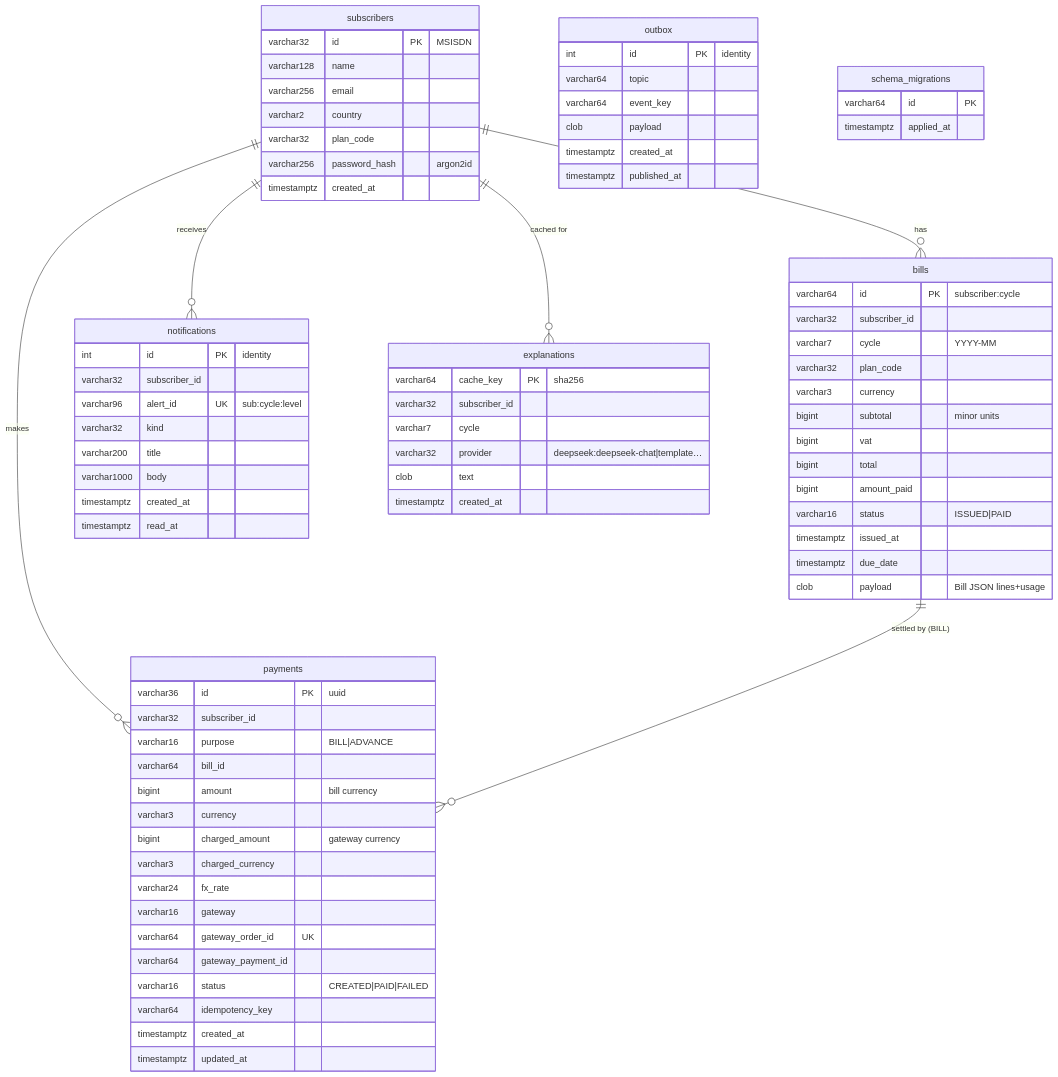
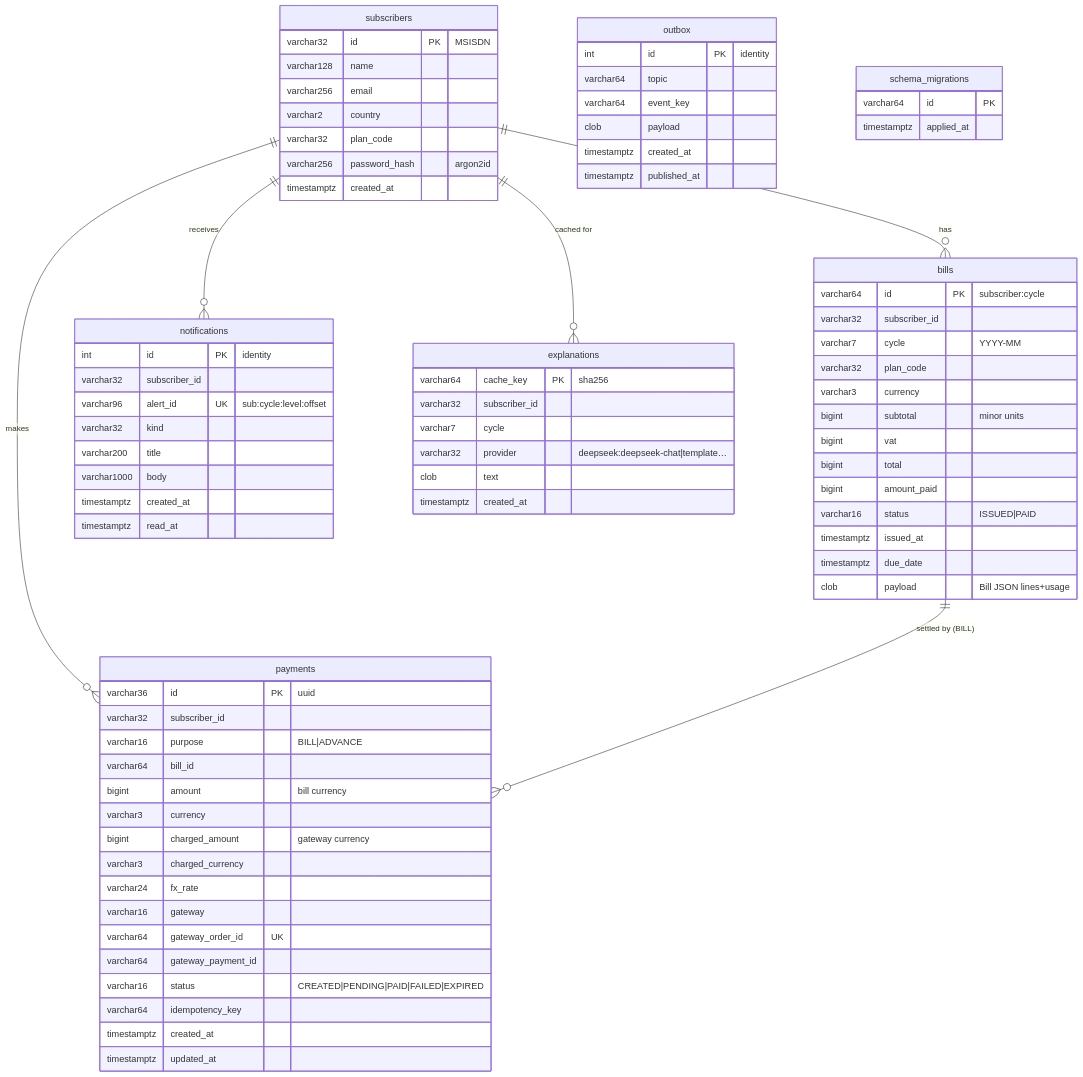
One commit to prateekladha/dt-selfcare changed the first of 2 diagrams in docs/LLD.md. Above: the diagram before and after it, drawn with Mermaid. The commit also changed other lines of this file and 7 other files, not shown here.

First line of the commit message:
docs: match the code after the bug-bash (payments flow, assistant, pipeline, billing, orders, notifier, security gaps)

````diff
--- a/docs/LLD.md
+++ b/docs/LLD.md
@@ -76,80 +80,80 @@
 ```mermaid
 erDiagram
   subscribers ||--o{ bills : "has"
   subscribers ||--o{ payments : "makes"
   bills ||--o{ payments : "settled by (BILL)"
   subscribers ||--o{ notifications : "receives"
   subscribers ||--o{ explanations : "cached for"
   subscribers {
     varchar32 id PK "MSISDN"
     varchar128 name
     varchar256 email
     varchar2 country
     varchar32 plan_code
     varchar256 password_hash "argon2id"
     timestamptz created_at
   }
   bills {
     varchar64 id PK "subscriber:cycle"
     varchar32 subscriber_id
     varchar7 cycle "YYYY-MM"
     varchar32 plan_code
     varchar3 currency
     bigint subtotal "minor units"
     bigint vat
     bigint total
     bigint amount_paid
     varchar16 status "ISSUED|PAID"
     timestamptz issued_at
     timestamptz due_date
     clob payload "Bill JSON lines+usage"
   }
   payments {
     varchar36 id PK "uuid"
     varchar32 subscriber_id
     varchar16 purpose "BILL|ADVANCE"
     varchar64 bill_id
     bigint amount "bill currency"
     varchar3 currency
     bigint charged_amount "gateway currency"
     varchar3 charged_currency
     varchar24 fx_rate
     varchar16 gateway
     varchar64 gateway_order_id UK
     varchar64 gateway_payment_id
-    varchar16 status "CREATED|PAID|FAILED"
+    varchar16 status "CREATED|PENDING|PAID|FAILED|EXPIRED"
     varchar64 idempotency_key
     timestamptz created_at
     timestamptz updated_at
   }
   notifications {
     int id PK "identity"
     varchar32 subscriber_id
-    varchar96 alert_id UK "sub:cycle:level"
+    varchar96 alert_id UK "sub:cycle:level:offset"
     varchar32 kind
     varchar200 title
     varchar1000 body
     timestamptz created_at
     timestamptz read_at
   }
   explanations {
     varchar64 cache_key PK "sha256"
     varchar32 subscriber_id
     varchar7 cycle
     varchar32 provider "deepseek:deepseek-chat|template…"
     clob text
     timestamptz created_at
   }
   outbox {
     int id PK "identity"
     varchar64 topic
     varchar64 event_key
     clob payload
     timestamptz created_at
     timestamptz published_at
   }
   schema_migrations {
     varchar64 id PK
     timestamptz applied_at
   }
 ```
````
